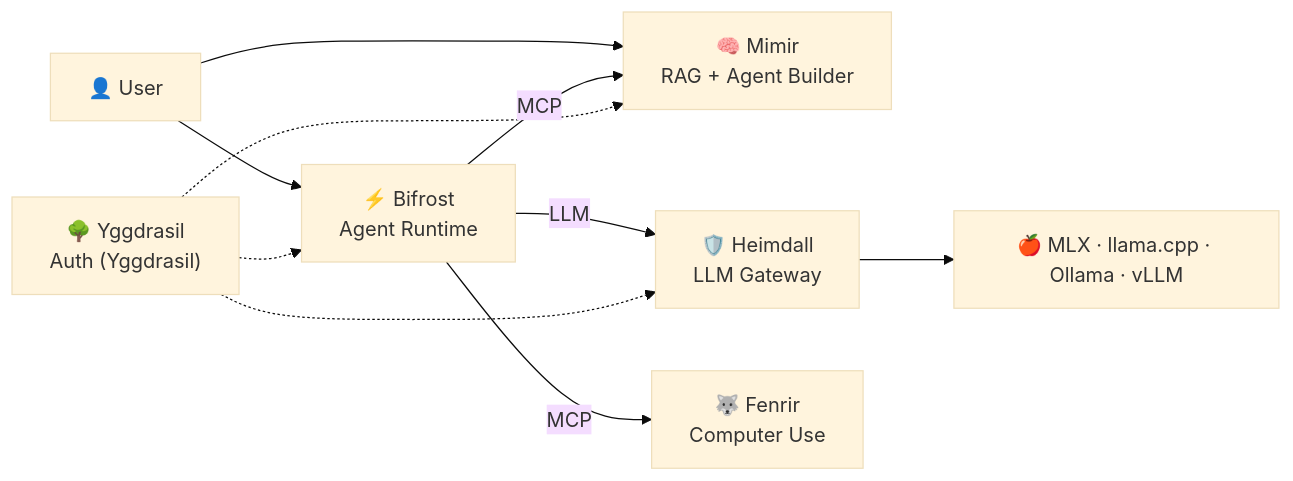
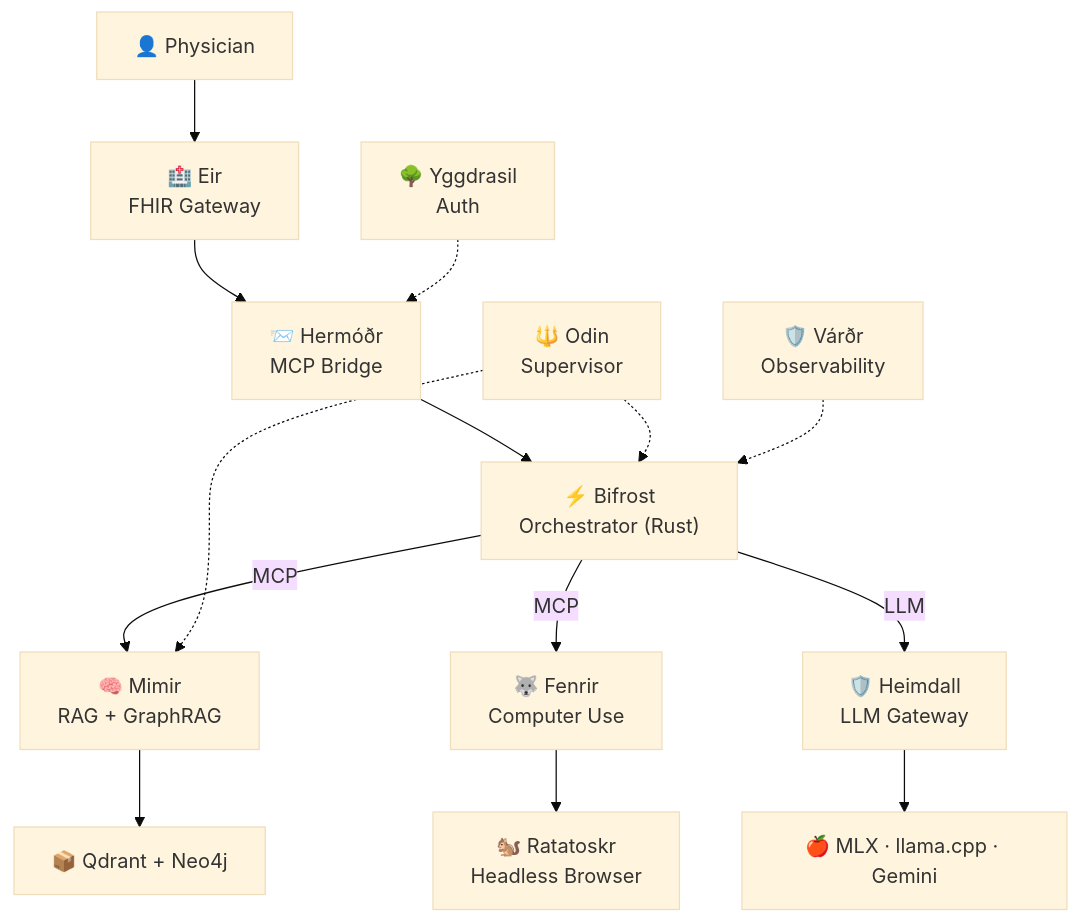
Before and after one commit to MegaWiz-Dev-Team/Asgard: the diagram in docs/README.md, drawn with Mermaid (base theme). The commit also changed other lines of this file and 8 other files, not shown here.

````diff
--- a/docs/README.md
+++ b/docs/README.md
@@ -51,15 +60,19 @@
 ```mermaid
-graph LR
-    User["👤 User"] --> Mimir["🧠 Mimir<br/>RAG + Agent Builder"]
-    User --> Bifrost["⚡ Bifrost<br/>Agent Runtime"]
+graph TB
+    User["👤 Physician"] --> Eir["🏥 Eir<br/>FHIR Gateway"]
+    Eir --> Hermodr["📨 Hermóðr<br/>MCP Bridge"]
+    Hermodr --> Bifrost["⚡ Bifrost<br/>Orchestrator (Rust)"]
+    
+    Bifrost --> |"MCP"| Mimir["🧠 Mimir<br/>RAG + GraphRAG"]
+    Bifrost --> |"MCP"| Fenrir["🐺 Fenrir<br/>Computer Use"]
+    Bifrost --> |"LLM"| Heimdall["🛡️ Heimdall<br/>LLM Gateway"]
+    Fenrir --> Ratatoskr["🐿️ Ratatoskr<br/>Headless Browser"]
 
-    Bifrost --> |"LLM"| Heimdall["🛡️ Heimdall<br/>LLM Gateway"]
-    Bifrost --> |"MCP"| Mimir
-    Bifrost --> |"MCP"| Fenrir["🐺 Fenrir<br/>Computer Use"]
+    Heimdall --> LLM["🍎 MLX · llama.cpp · Gemini"]
+    Mimir --> VectorDB["📦 Qdrant + Neo4j"]
 
-    Heimdall --> LLM["🍎 MLX · llama.cpp · Ollama · vLLM"]
-
-    Yggdrasil["🌳 Yggdrasil<br/>Auth (Yggdrasil)"] -.-> Heimdall
-    Yggdrasil -.-> Mimir
-    Yggdrasil -.-> Bifrost
+    Odin["🔱 Odin<br/>Supervisor"] -.-> Bifrost
+    Odin -.-> Mimir
+    Vardr["🛡️ Várðr<br/>Observability"] -.-> Bifrost
+    Yggdrasil["🌳 Yggdrasil<br/>Auth"] -.-> Hermodr
 ```
````
